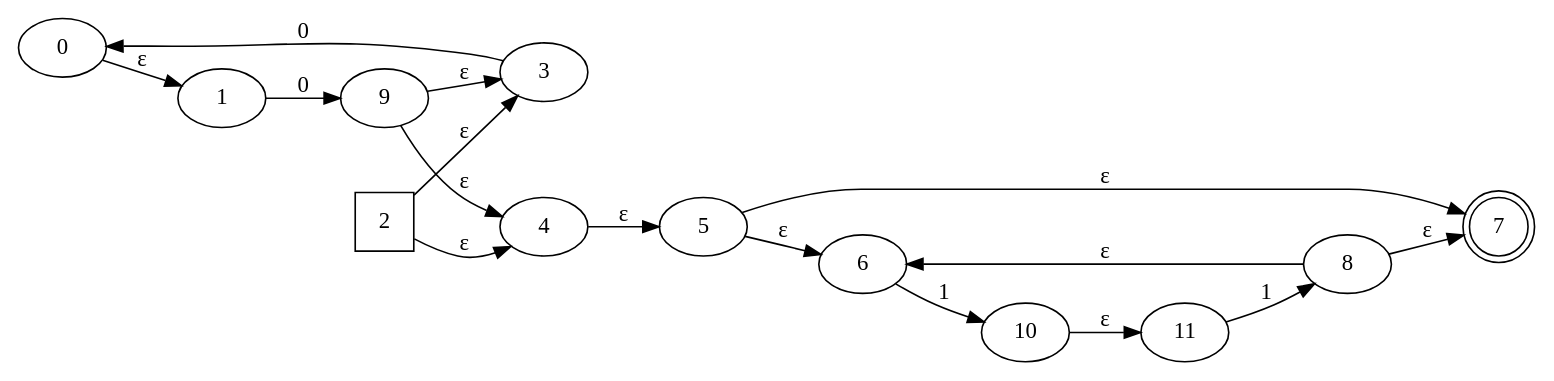
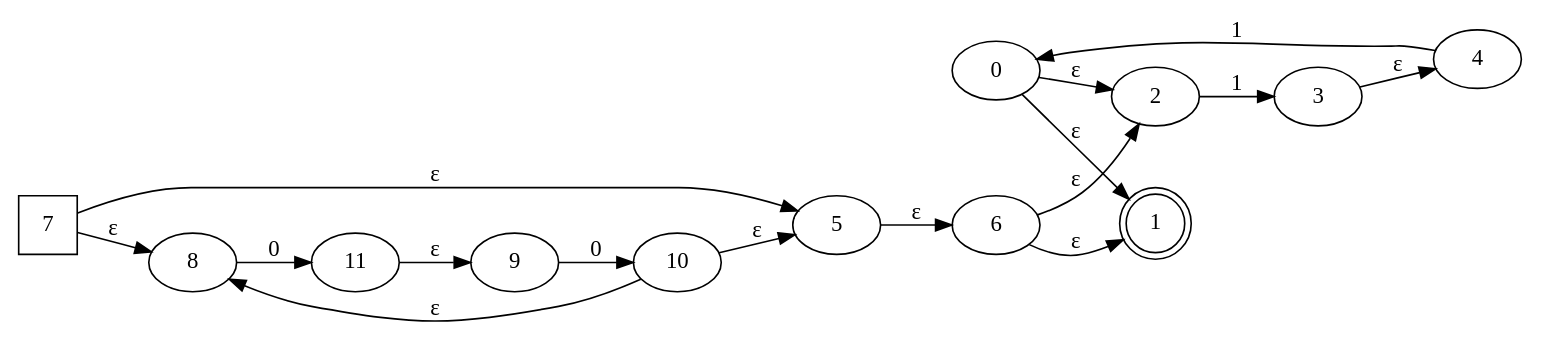
The diagram in graphs/afn/(0.0)*.(1.1)*.dot (jav-ram/compis1), drawn with Graphviz before and after one commit. The commit also changed 46 other files, not shown here.

```diff
--- a/graphs/afn/(0.0)*.(1.1)*.dot
+++ b/graphs/afn/(0.0)*.(1.1)*.dot
@@ -1,31 +1,31 @@
 digraph G {
 	rankdir=LR;
 	0->1[ label=ɛ ];
-	2->3[ label=ɛ ];
-	2->4[ label=ɛ ];
+	0->2[ label=ɛ ];
+	3->4[ label=ɛ ];
+	2->3[ label=1 ];
 	5->6[ label=ɛ ];
-	5->7[ label=ɛ ];
-	8->7[ label=ɛ ];
-	8->6[ label=ɛ ];
-	9->4[ label=ɛ ];
-	9->3[ label=ɛ ];
-	3->0[ label=0 ];
-	1->9[ label=0 ];
-	10->11[ label=ɛ ];
-	6->10[ label=1 ];
-	11->8[ label=1 ];
-	4->5[ label=ɛ ];
+	7->8[ label=ɛ ];
+	7->5[ label=ɛ ];
+	9->10[ label=0 ];
+	11->9[ label=ɛ ];
+	10->5[ label=ɛ ];
+	10->8[ label=ɛ ];
+	6->2[ label=ɛ ];
+	6->1[ label=ɛ ];
+	4->0[ label=1 ];
+	8->11[ label=0 ];
 	0;
-	1;
+	1 [ shape=doublecircle ];
 	10;
 	11;
-	2 [ shape=square ];
+	2;
 	3;
 	4;
 	5;
 	6;
-	7 [ shape=doublecircle ];
+	7 [ shape=square ];
 	8;
 	9;
 
 }
```
